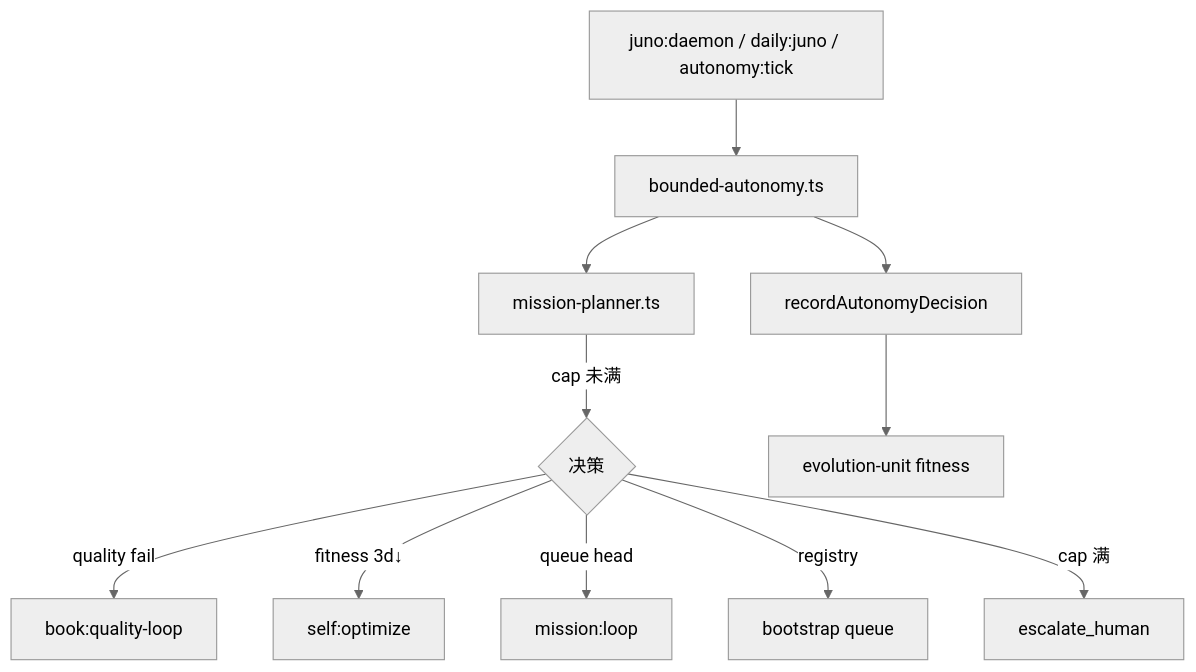
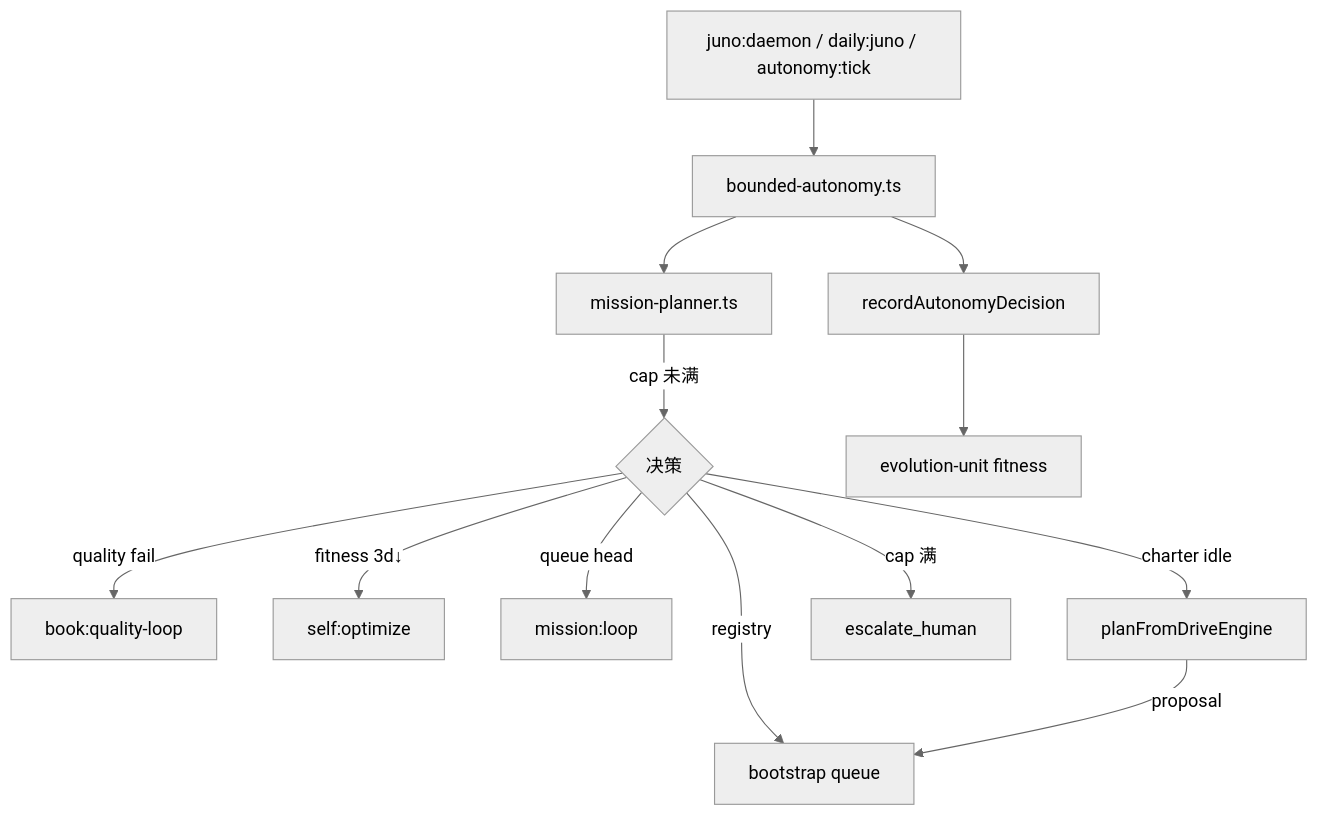
Before and after one commit to FranklinNexus/Juno-Oversight: the second of 4 diagrams in wiki/juno-architecture.md, drawn with Mermaid (neutral theme). The commit also changed other lines of this file and 7 other files, not shown here.

````diff
--- a/wiki/juno-architecture.md
+++ b/wiki/juno-architecture.md
@@ -64,13 +64,15 @@
 ```mermaid
 flowchart TD
   D[juno:daemon / daily:juno / autonomy:tick] --> BA[bounded-autonomy.ts]
   BA --> MP[mission-planner.ts]
   MP -->|cap 未满| DEC{决策}
   DEC -->|quality fail| BQ[book:quality-loop]
   DEC -->|fitness 3d↓| SO[self:optimize]
   DEC -->|queue head| ML[mission:loop]
   DEC -->|registry| BOOT[bootstrap queue]
+  DEC -->|charter idle| DRV[planFromDriveEngine]
+  DRV -->|proposal| BOOT
   DEC -->|cap 满| ESC[escalate_human]
   BA --> REC[recordAutonomyDecision]
   REC --> EU[evolution-unit fitness]
 ```
````
